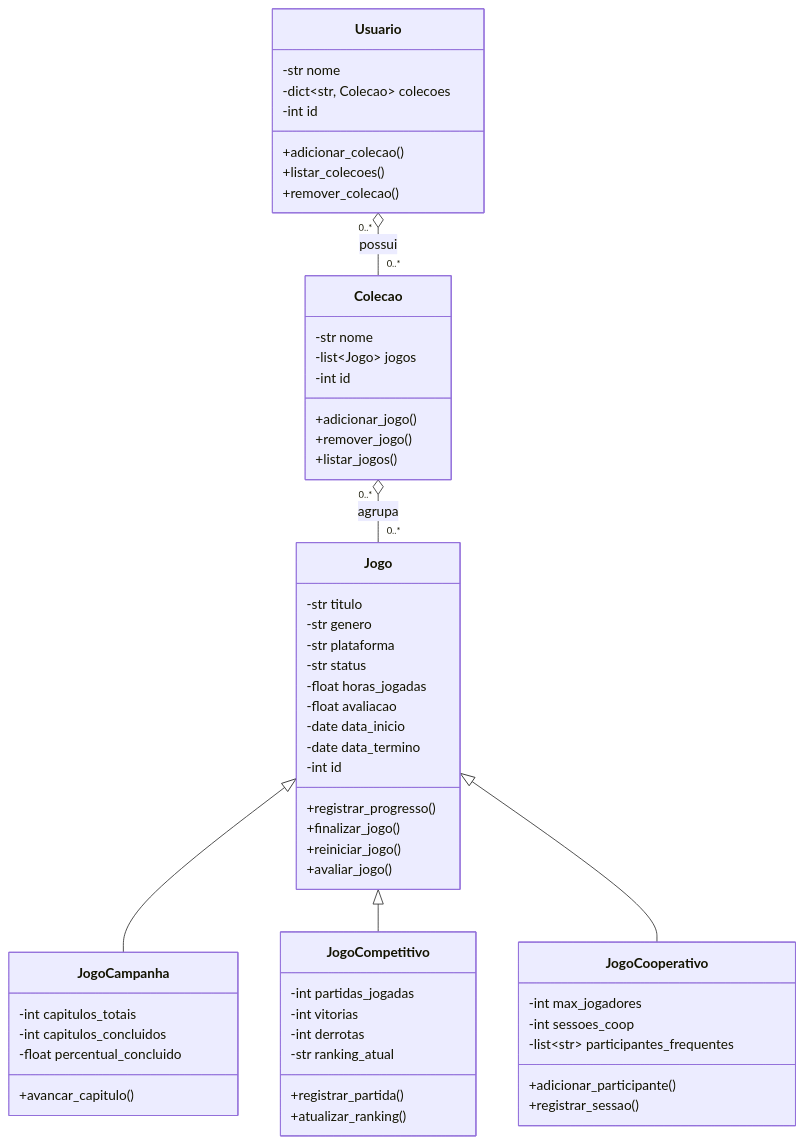
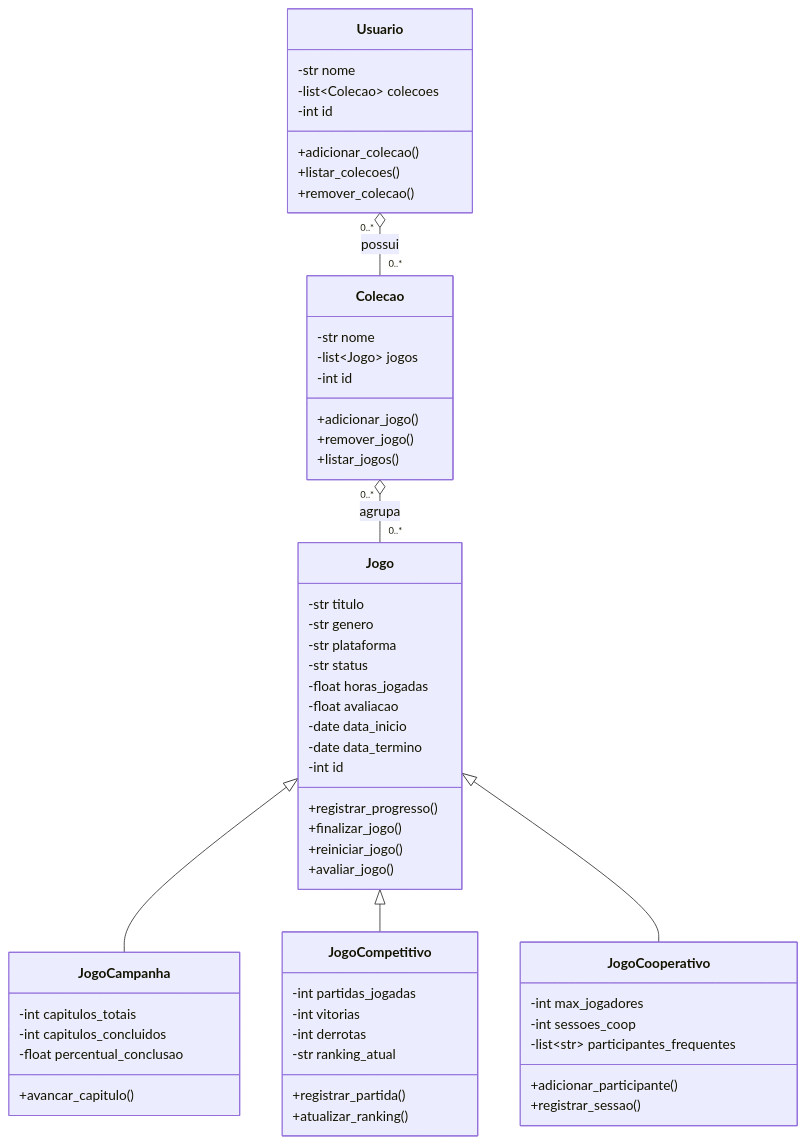
Before and after one commit to kaue-aps/CatalogoJogosDigitais: the diagram in docs/diagrama_classes_uml.md, drawn with Mermaid. The commit also changed other lines of this file and 2 other files, not shown here.

Commit message:
detalhes finais de documentação antes da release

````diff
--- a/docs/diagrama_classes_uml.md
+++ b/docs/diagrama_classes_uml.md
@@ -5,66 +5,66 @@
 ```mermaid
 classDiagram
     class Jogo {
         -str titulo
         -str genero
         -str plataforma
         -str status
         -float horas_jogadas
         -float avaliacao
         -date data_inicio
         -date data_termino
         -int id
         +registrar_progresso()
         +finalizar_jogo()
         +reiniciar_jogo()
         +avaliar_jogo()
     }
 
     class JogoCampanha {
         -int capitulos_totais
         -int capitulos_concluidos
-        -float percentual_concluido
+        -float percentual_conclusao
         +avancar_capitulo()
     }
 
     class JogoCompetitivo {
         -int partidas_jogadas
         -int vitorias
         -int derrotas
         -str ranking_atual
         +registrar_partida()
         +atualizar_ranking()
     }
 
     class JogoCooperativo {
         -int max_jogadores
         -int sessoes_coop
         -list~str~ participantes_frequentes
         +adicionar_participante()
         +registrar_sessao()
     }
 
     class Colecao {
         -str nome
         -list~Jogo~ jogos
         -int id
         +adicionar_jogo()
         +remover_jogo()
         +listar_jogos()
     }
 
     class Usuario {
         -str nome
-        -dict~str, Colecao~ colecoes
+        -list~Colecao~ colecoes
         -int id
         +adicionar_colecao()
         +listar_colecoes()
         +remover_colecao()
     }
 
     Jogo <|-- JogoCampanha
     Jogo <|-- JogoCompetitivo
     Jogo <|-- JogoCooperativo
     Colecao "0..*" o-- "0..*" Jogo : agrupa
     Usuario "0..*" o-- "0..*" Colecao : possui
 ```
````
